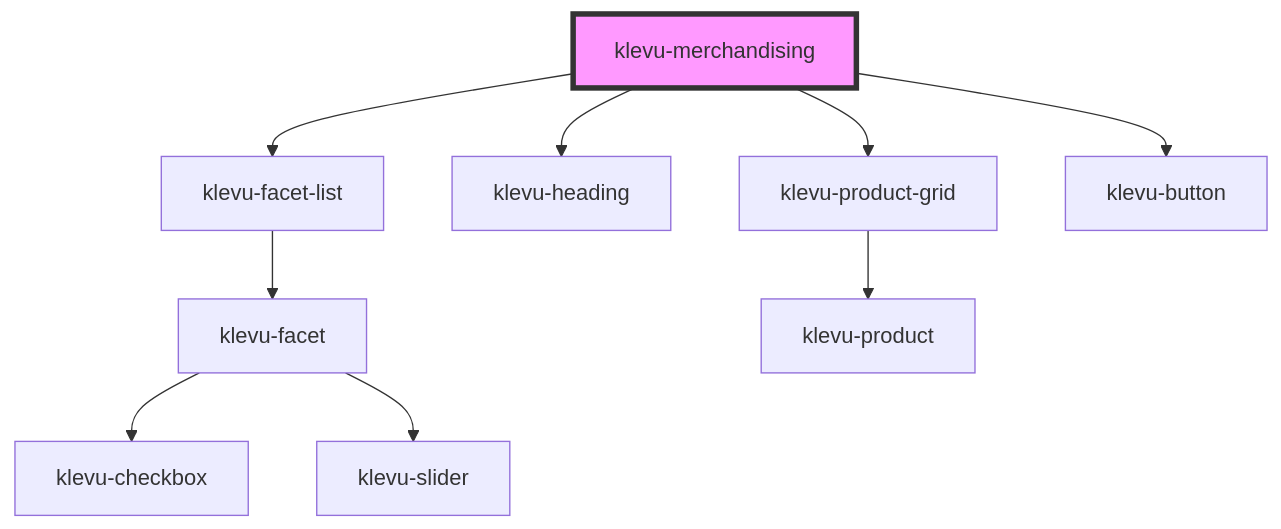
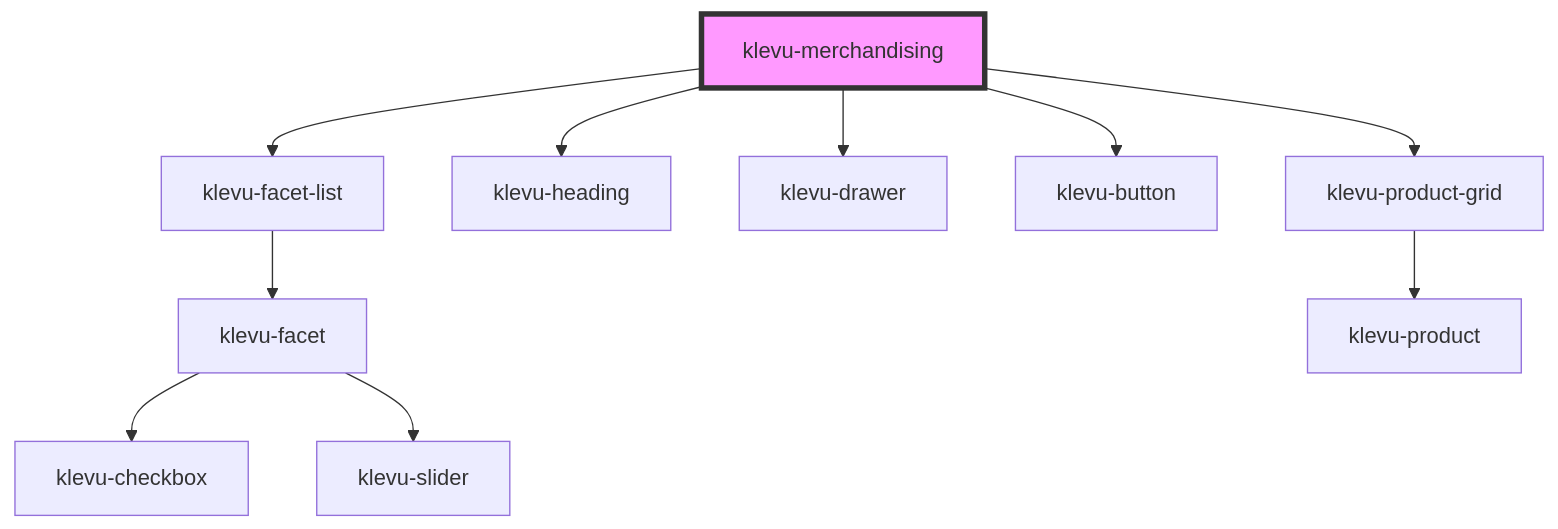
Before and after one commit to klevultd/frontend-sdk: the diagram in packages/klevu-ui/src/components/klevu-merchandising/readme.md, drawn with Mermaid. The commit also changed other lines of this file and 32 other files, not shown here.

````diff
--- a/packages/klevu-ui/src/components/klevu-merchandising/readme.md
+++ b/packages/klevu-ui/src/components/klevu-merchandising/readme.md
@@ -31,12 +32,13 @@
 ```mermaid
 graph TD;
   klevu-merchandising --> klevu-facet-list
   klevu-merchandising --> klevu-heading
+  klevu-merchandising --> klevu-drawer
+  klevu-merchandising --> klevu-button
   klevu-merchandising --> klevu-product-grid
-  klevu-merchandising --> klevu-button
   klevu-facet-list --> klevu-facet
   klevu-facet --> klevu-checkbox
   klevu-facet --> klevu-slider
   klevu-product-grid --> klevu-product
   style klevu-merchandising fill:#f9f,stroke:#333,stroke-width:4px
 ```
````
